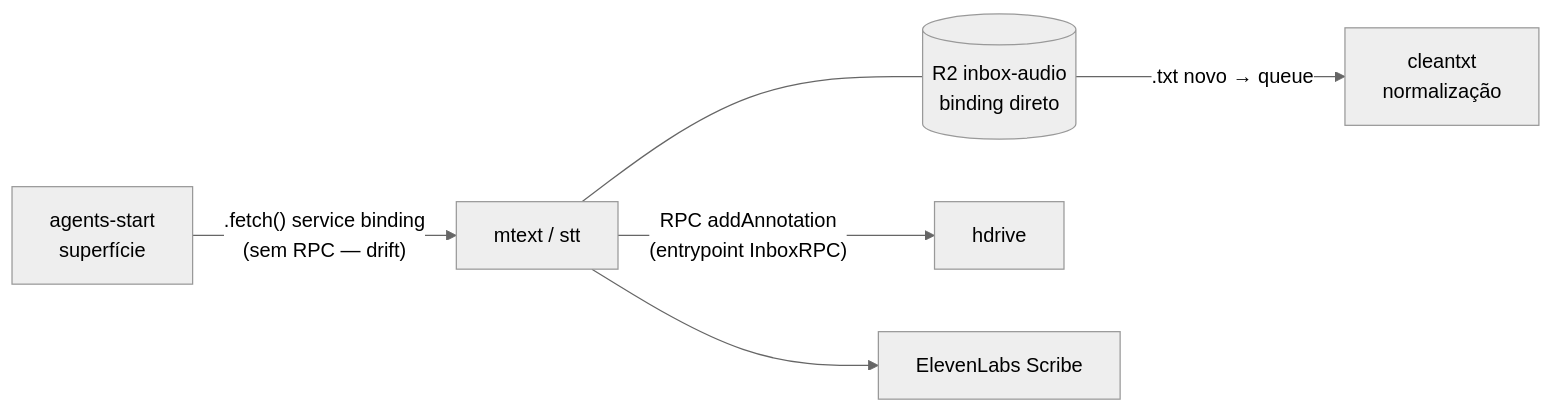
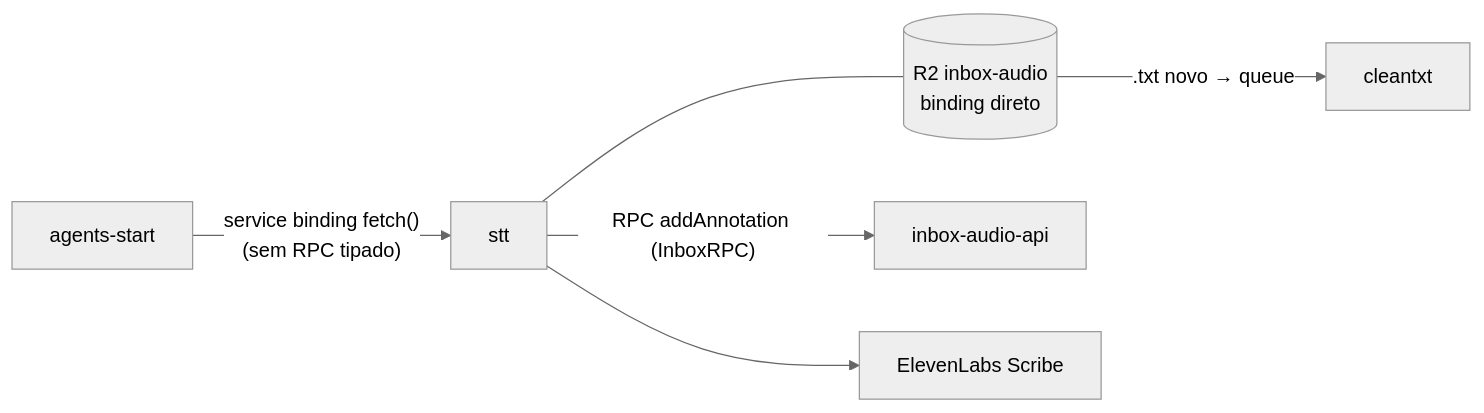
One commit to myselfgus/mtext changed the first of 2 diagrams in README.md. Above: the diagram before and after it, drawn with Mermaid (neutral theme). The commit also changed other lines of this file, not shown here.

First line of the commit message:
README: tom técnico, aviso de drift mantido

````diff
--- a/README.md
+++ b/README.md
@@ -18,8 +16,8 @@
 ```mermaid
 flowchart LR
-    AS[agents-start<br/>superfície] -- ".fetch() service binding<br/>(sem RPC — drift)" --> MT[mtext / stt]
+    AS[agents-start] -- "service binding fetch()<br/>(sem RPC tipado)" --> MT[stt]
     MT --- R2[("R2 inbox-audio<br/>binding direto")]
-    MT -- "RPC addAnnotation<br/>(entrypoint InboxRPC)" --> HD[hdrive]
+    MT -- "RPC addAnnotation (InboxRPC)" --> HD[inbox-audio-api]
     MT --> EL[ElevenLabs Scribe]
-    R2 -- ".txt novo → queue" --> CT[cleantxt<br/>normalização]
+    R2 -- ".txt novo → queue" --> CT[cleantxt]
 ```
````
